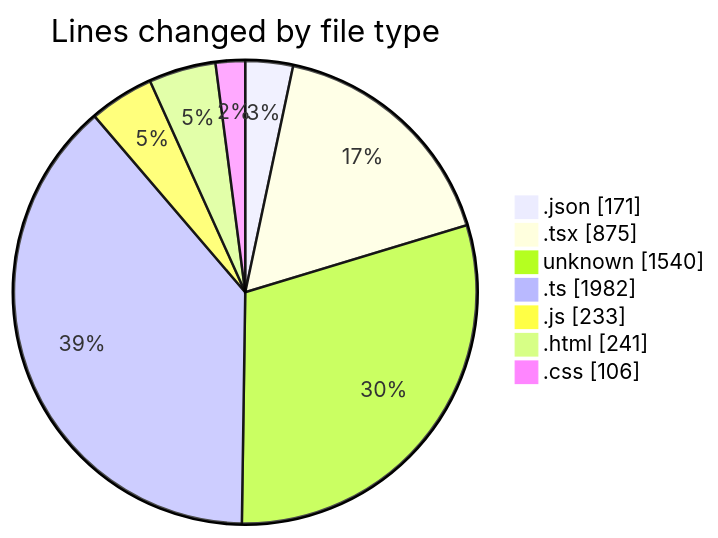
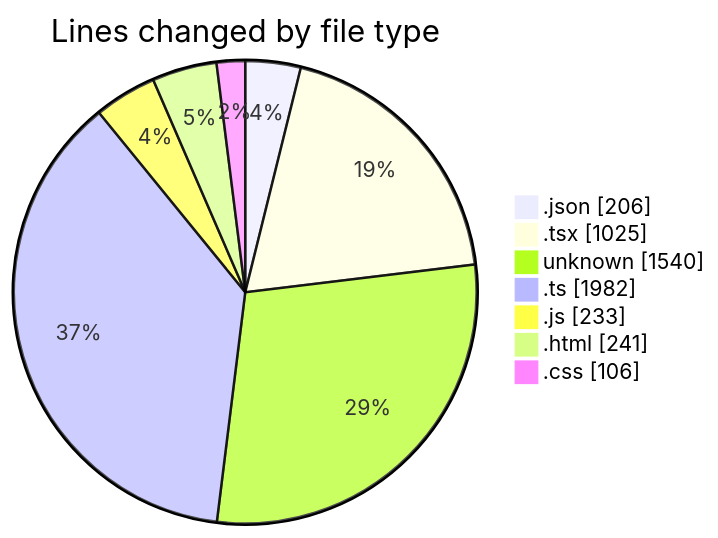
One commit to ernivani/code-tracking changed the first of 2 diagrams in 2025-01-03/nextjs-webllm/README.md. Above: the diagram before and after it, drawn with Mermaid. The commit also changed other lines of this file and 5 other files, not shown here.

````diff
--- a/2025-01-03/nextjs-webllm/README.md
+++ b/2025-01-03/nextjs-webllm/README.md
@@ -44,11 +46,11 @@
 ```mermaid
 pie showData
 title Lines changed by file type
-".json" : 171
-".tsx" : 875
+".json" : 206
+".tsx" : 1025
 "unknown" : 1540
 ".ts" : 1982
 ".js" : 233
 ".html" : 241
 ".css" : 106
 ```
````
